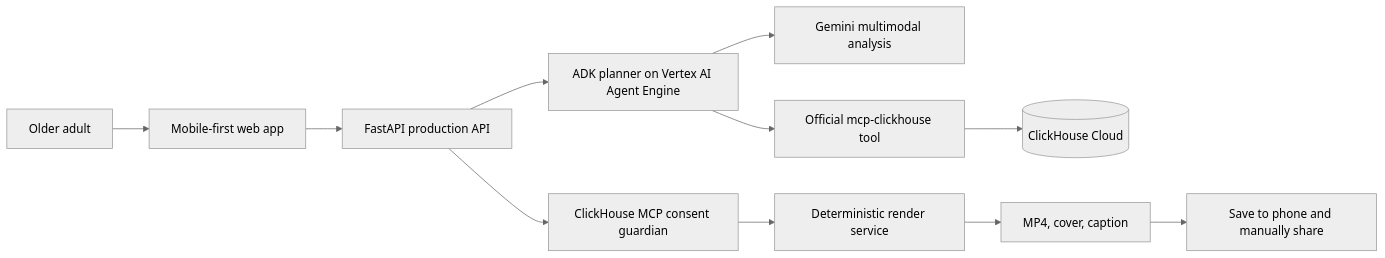
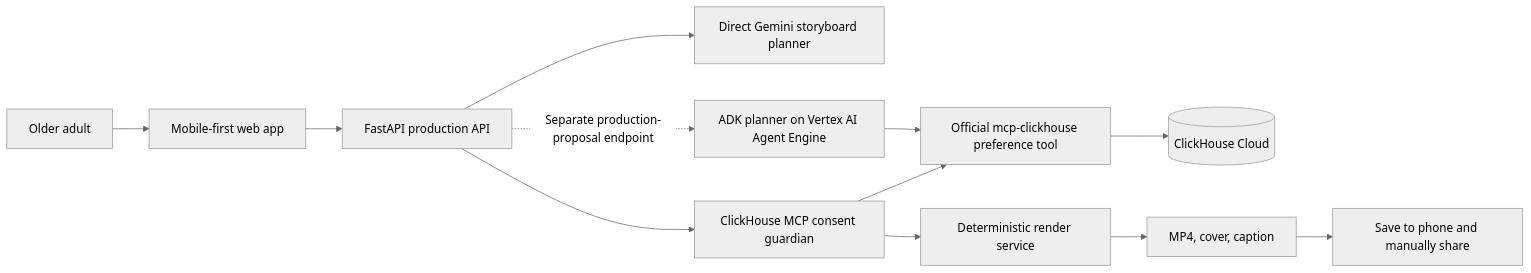
The diagram in docs/ARCHITECTURE.md (afaryy/MemoryDirector), drawn with Mermaid (neutral theme) before and after one commit. The commit also changed other lines of this file and 11 other files, not shown here.

````diff
--- a/docs/ARCHITECTURE.md
+++ b/docs/ARCHITECTURE.md
@@ -5,13 +5,14 @@
 ```mermaid
 flowchart LR
   U[Older adult] --> W[Mobile-first web app]
   W --> API[FastAPI production API]
-  API --> G[ADK planner on Vertex AI Agent Engine]
-  G --> M[Gemini multimodal analysis]
-  G --> CH[Official mcp-clickhouse tool]
+  API --> P[Direct Gemini storyboard planner]
+  API -. Separate production-proposal endpoint .-> G[ADK planner on Vertex AI Agent Engine]
+  G --> CH[Official mcp-clickhouse preference tool]
   CH --> DB[(ClickHouse Cloud)]
   API --> C[ClickHouse MCP consent guardian]
+  C --> CH
   C --> R[Deterministic render service]
   R --> O[MP4, cover, caption]
   O --> S[Save to phone and manually share]
 ```
````
